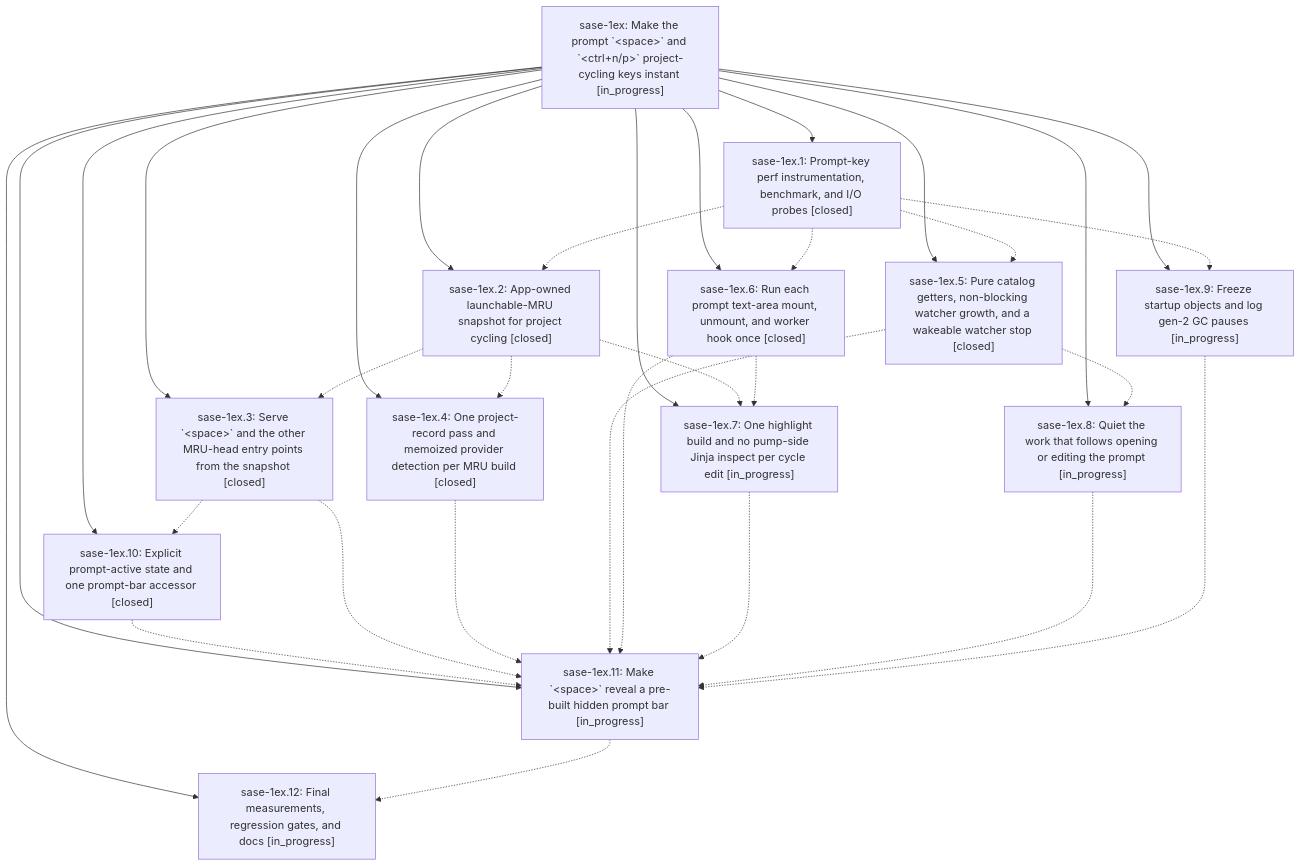
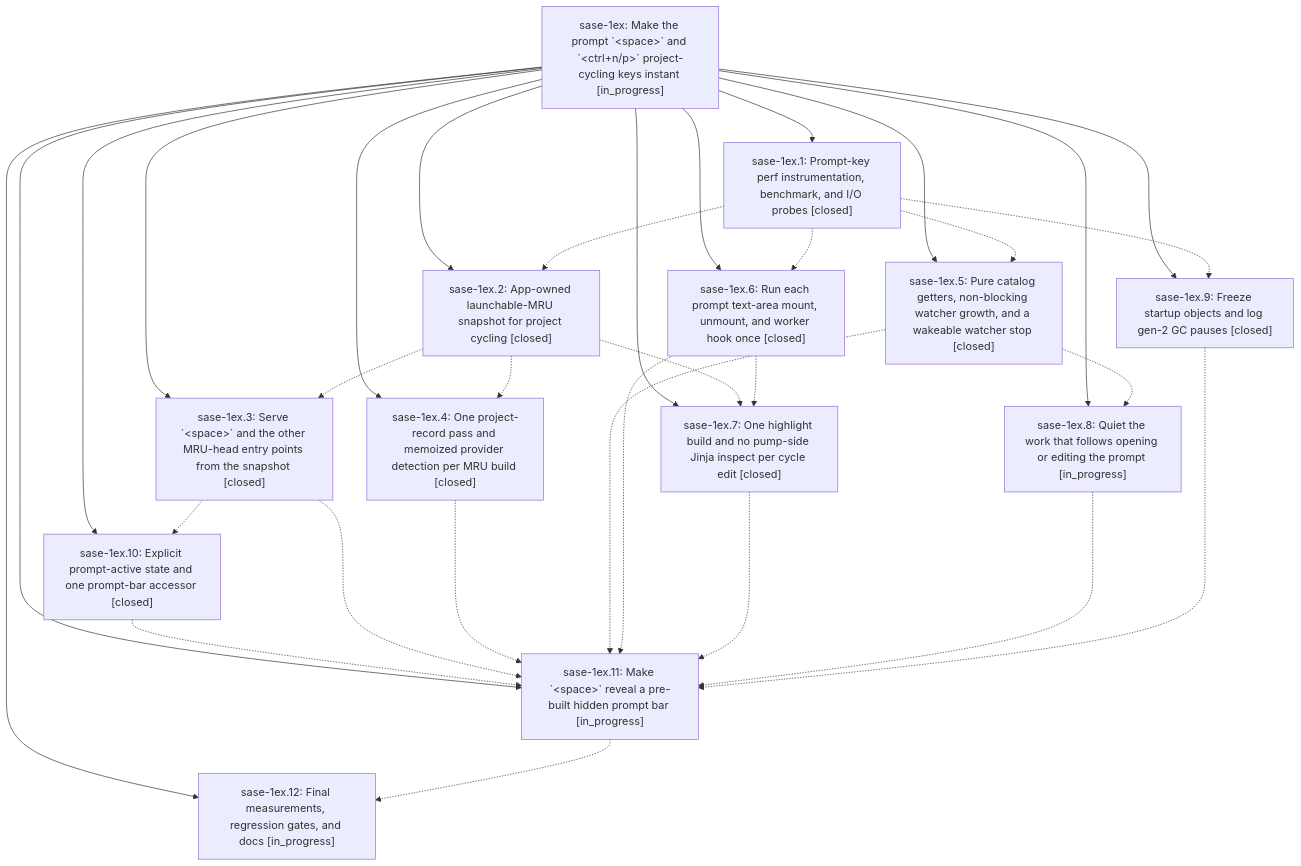
The diagram in pages/sase-1ex/README.md (sase-org/sase--beads), drawn with Mermaid before and after one commit. The commit also changed other lines of this file and 8 other files, not shown here.

````diff
--- a/pages/sase-1ex/README.md
+++ b/pages/sase-1ex/README.md
@@ -33,47 +41,47 @@
 ```mermaid
 flowchart TD
     n0["sase-1ex: Make the prompt `&lt;space&gt;` and `&lt;ctrl+n/p&gt;` project-cycling keys instant [in_progress]"]
     n1["sase-1ex.1: Prompt-key perf instrumentation, benchmark, and I/O probes [closed]"]
     n2["sase-1ex.10: Explicit prompt-active state and one prompt-bar accessor [closed]"]
     n3["sase-1ex.11: Make `&lt;space&gt;` reveal a pre-built hidden prompt bar [in_progress]"]
     n4["sase-1ex.12: Final measurements, regression gates, and docs [in_progress]"]
     n5["sase-1ex.2: App-owned launchable-MRU snapshot for project cycling [closed]"]
     n6["sase-1ex.3: Serve `&lt;space&gt;` and the other MRU-head entry points from the snapshot [closed]"]
     n7["sase-1ex.4: One project-record pass and memoized provider detection per MRU build [closed]"]
     n8["sase-1ex.5: Pure catalog getters, non-blocking watcher growth, and a wakeable watcher stop [closed]"]
     n9["sase-1ex.6: Run each prompt text-area mount, unmount, and worker hook once [closed]"]
-    n10["sase-1ex.7: One highlight build and no pump-side Jinja inspect per cycle edit [in_progress]"]
+    n10["sase-1ex.7: One highlight build and no pump-side Jinja inspect per cycle edit [closed]"]
     n11["sase-1ex.8: Quiet the work that follows opening or editing the prompt [in_progress]"]
-    n12["sase-1ex.9: Freeze startup objects and log gen-2 GC pauses [in_progress]"]
+    n12["sase-1ex.9: Freeze startup objects and log gen-2 GC pauses [closed]"]
     n0 --> n1
     n0 --> n2
     n0 --> n3
     n0 --> n4
     n0 --> n5
     n0 --> n6
     n0 --> n7
     n0 --> n8
     n0 --> n9
     n0 --> n10
     n0 --> n11
     n0 --> n12
     n1 -.-> n5
     n1 -.-> n8
     n1 -.-> n9
     n1 -.-> n12
     n2 -.-> n3
     n3 -.-> n4
     n5 -.-> n6
     n5 -.-> n7
     n5 -.-> n10
     n6 -.-> n2
     n6 -.-> n3
     n7 -.-> n3
     n8 -.-> n3
     n8 -.-> n11
     n9 -.-> n3
     n9 -.-> n10
     n10 -.-> n3
     n11 -.-> n3
     n12 -.-> n3
 ```
````
